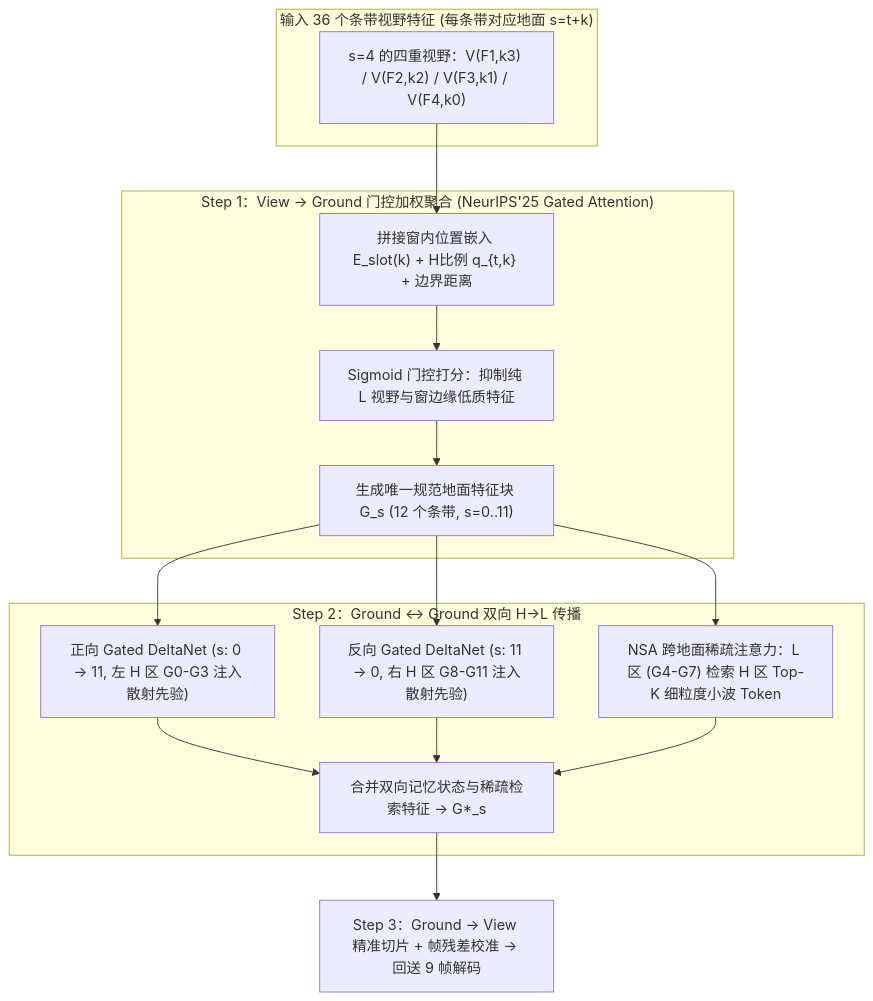
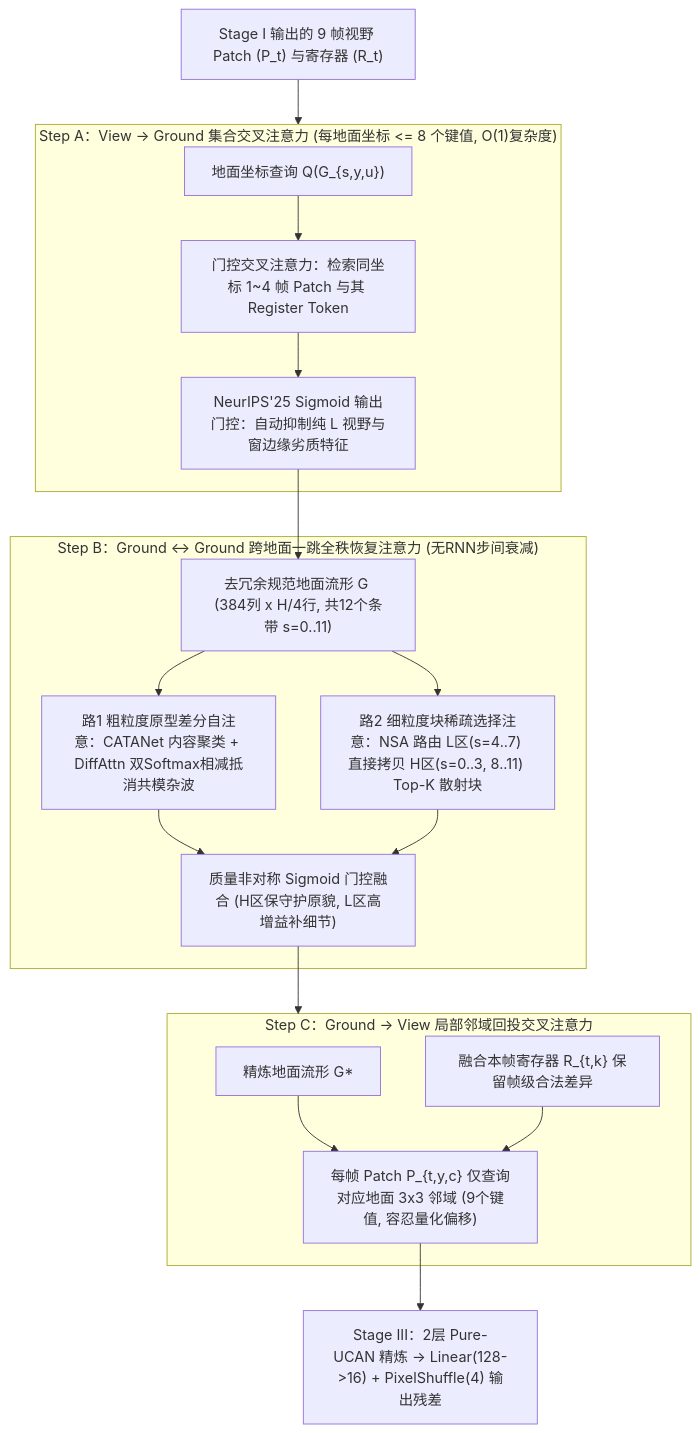
Before and after one commit to deathend110/SAR_Sequence_Restore: the fourth of 5 diagrams in docs/架构设计B_从基础UCAN与序列恢复重构.md, drawn with Mermaid. The commit also changed other lines of this file, not shown here.

Commit message:
按纯净Transformer血统重构方案B设计文档（GGT-UCAN）

````diff
--- a/docs/架构设计B_从基础UCAN与序列恢复重构.md
+++ b/docs/架构设计B_从基础UCAN与序列恢复重构.md
@@ -102,23 +85,27 @@
 ```mermaid
 flowchart TD
-    subgraph VIEW_IN["输入 36 个条带视野特征 (每条带对应地面 s=t+k)"]
-        V0["s=4 的四重视野：V(F1,k3) / V(F2,k2) / V(F3,k1) / V(F4,k0)"]
+    V_IN["Stage I 输出的 9 帧视野 Patch (P_t) 与寄存器 (R_t)"] --> S1
+
+    subgraph S1["Step A：View -> Ground 集合交叉注意力 (每地面坐标 <= 8 个键值, O(1)复杂度)"]
+        Q_G["地面坐标查询 Q(G_{s,y,u})"] --> X_V2G["门控交叉注意力：检索同坐标 1~4 帧 Patch 与其 Register Token"]
+        X_V2G --> GATE_V["NeurIPS'25 Sigmoid 输出门控：自动抑制纯 L 视野与窗边缘劣质特征"]
     end
 
-    subgraph V2G["Step 1：View -> Ground 门控加权聚合 (NeurIPS'25 Gated Attention)"]
-        V0 --> CFEAT["拼接窗内位置嵌入 E_slot(k) + H比例 q_{t,k} + 边界距离"]
-        CFEAT --> VGATE["Sigmoid 门控打分：抑制纯 L 视野与窗边缘低质特征"]
-        VGATE --> GS["生成唯一规范地面特征块 G_s (12 个条带, s=0..11)"]
+    GATE_V --> G_BASE["去冗余规范地面流形 G (384列 x H/4行, 共12个条带 s=0..11)"]
+
+    subgraph S2["Step B：Ground <-> Ground 跨地面一跳全秩恢复注意力 (无RNN步间衰减)"]
+        G_BASE --> CATA["路1 粗粒度原型差分自注意：CATANet 内容聚类 + DiffAttn 双Softmax相减抵消共模杂波"]
+        G_BASE --> NSA_B["路2 细粒度块稀疏选择注意：NSA 路由 L区(s=4..7) 直接拷贝 H区(s=0..3, 8..11) Top-K 散射块"]
+        CATA --> G_MERGE["质量非对称 Sigmoid 门控融合 (H区保守护原貌, L区高增益补细节)"]
+        NSA_B --> G_MERGE
     end
 
-    subgraph G2G["Step 2：Ground <-> Ground 双向 H->L 传播"]
-        GS --> FWD["正向 Gated DeltaNet (s: 0 -> 11, 左 H 区 G0-G3 注入散射先验)"]
-        GS --> BWD["反向 Gated DeltaNet (s: 11 -> 0, 右 H 区 G8-G11 注入散射先验)"]
-        GS --> SPARSE["NSA 跨地面稀疏注意力：L 区 (G4-G7) 检索 H 区 Top-K 细粒度小波 Token"]
-        FWD --> GMERGE["合并双向记忆状态与稀疏检索特征 -> G*_s"]
-        BWD --> GMERGE
-        SPARSE --> GMERGE
+    G_MERGE --> S3
+
+    subgraph S3["Step C：Ground -> View 局部邻域回投交叉注意力"]
+        G_STAR["精炼地面流形 G*"] --> X_G2V["每帧 Patch P_{t,y,c} 仅查询对应地面 3x3 邻域 (9个键值, 容忍量化偏移)"]
+        R_KEEP["融合本帧寄存器 R_{t,k} 保留帧级合法差异"] --> X_G2V
     end
 
-    GMERGE --> G2V["Step 3：Ground -> View 精准切片 + 帧残差校准 -> 回送 9 帧解码"]
+    X_G2V --> OUT["Stage III：2层 Pure-UCAN 精炼 -> Linear(128->16) + PixelShuffle(4) 输出残差"]
 ```
````
